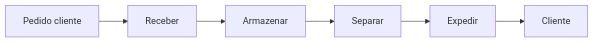
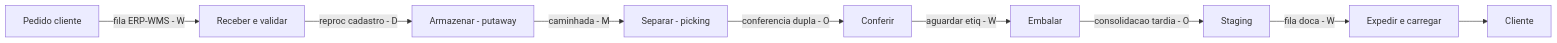
The third of 3 diagrams in aulas/trilha-melhoria-continua-e-processos/modulo-01-lean-logistics/aula-01-valor-desperdicios-logistica.md (cleberhensel/logisticon-academy), drawn with Mermaid before and after one commit. The commit also changed other lines of this file and 122 other files, not shown here.

````diff
--- a/aulas/trilha-melhoria-continua-e-processos/modulo-01-lean-logistics/aula-01-valor-desperdicios-logistica.md
+++ b/aulas/trilha-melhoria-continua-e-processos/modulo-01-lean-logistics/aula-01-valor-desperdicios-logistica.md
@@ -60,10 +117,20 @@
 ```mermaid
 flowchart LR
   P[Pedido cliente]
-  R[Receber]
-  K[Armazenar]
-  S[Separar]
-  E[Expedir]
+  R[Receber e validar]
+  K[Armazenar - putaway]
+  S[Separar - picking]
+  Co[Conferir]
+  Em[Embalar]
+  St[Staging]
+  Ex[Expedir e carregar]
   C[Cliente]
-  P --> R --> K --> S --> E --> C
+  P -->|fila ERP-WMS - W| R
+  R -->|reproc cadastro - D| K
+  K -->|caminhada - M| S
+  S -->|conferencia dupla - O| Co
+  Co -->|aguardar etiq - W| Em
+  Em -->|consolidacao tardia - O| St
+  St -->|fila doca - W| Ex
+  Ex --> C
 ```
````
